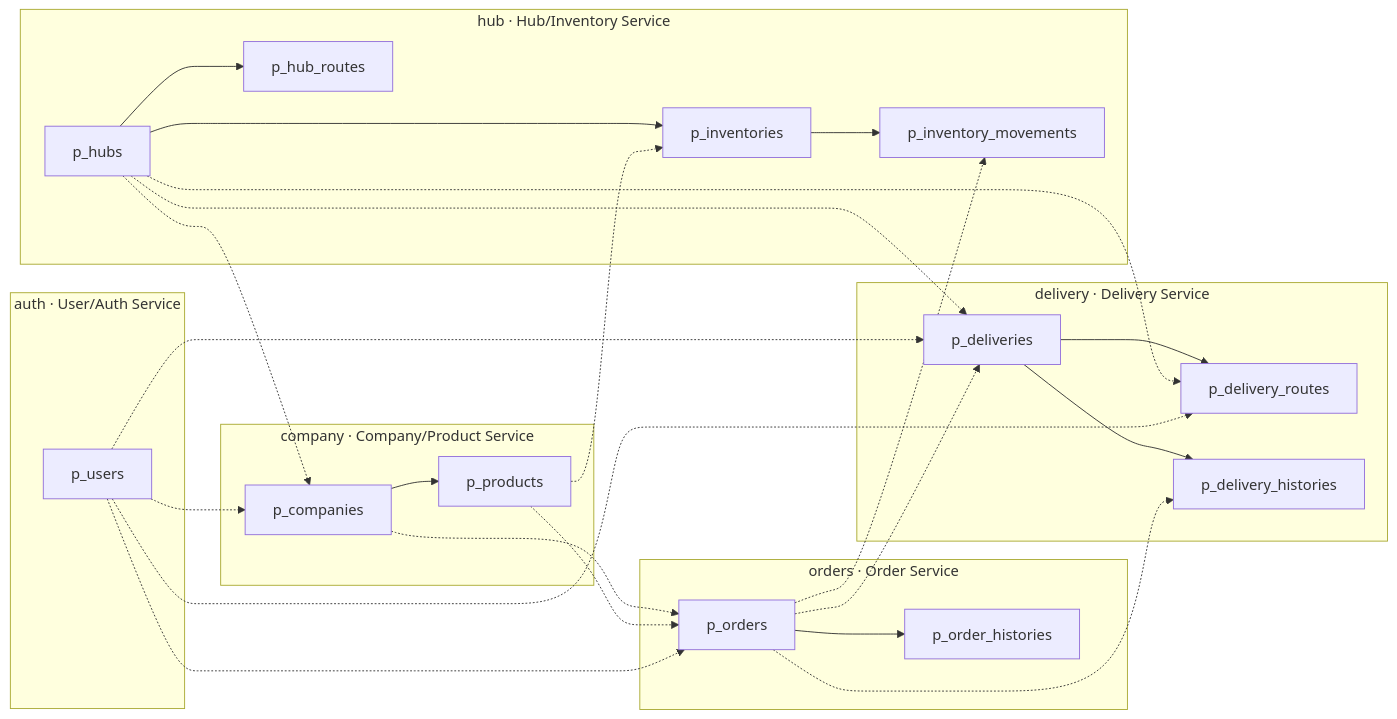
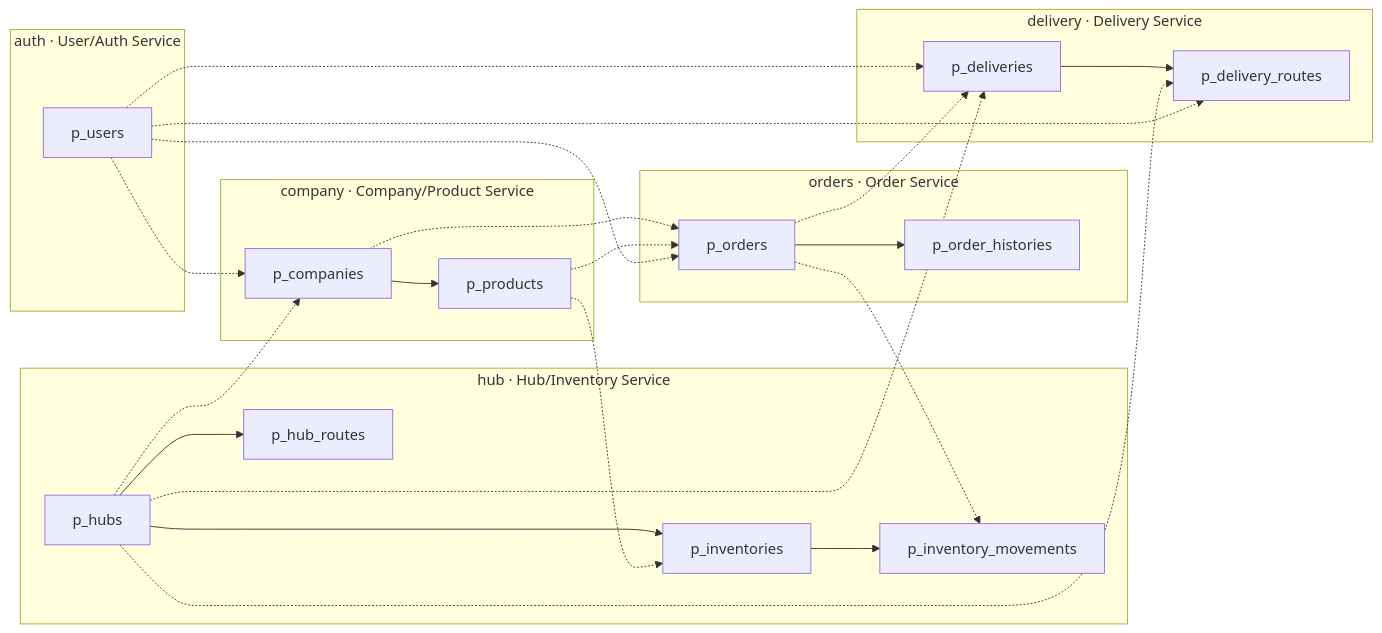
One commit to 01Commit10/sparta-logistics changed the first of 2 diagrams in docs/design/05 ERD.md. Above: the diagram before and after it, drawn with Mermaid. The commit also changed other lines of this file and 3 other files, not shown here.

````diff
--- a/docs/design/05 ERD.md
+++ b/docs/design/05 ERD.md
@@ -34,53 +34,50 @@
 ```mermaid
 flowchart LR
     subgraph AUTH["auth · User/Auth Service"]
         users[p_users]
     end
 
     subgraph HUB["hub · Hub/Inventory Service"]
         hubs[p_hubs]
         hub_routes[p_hub_routes]
         inventories[p_inventories]
         inv_mv[p_inventory_movements]
     end
 
     subgraph COMPANY["company · Company/Product Service"]
         companies[p_companies]
         products[p_products]
     end
 
     subgraph ORDERS["orders · Order Service"]
         orders[p_orders]
         order_hist[p_order_histories]
     end
 
     subgraph DELIVERY["delivery · Delivery Service"]
         deliveries[p_deliveries]
         dlv_routes[p_delivery_routes]
-        dlv_hist[p_delivery_histories]
     end
 
     %% FK (같은 스키마)
     hubs --> hub_routes
     hubs --> inventories
     inventories --> inv_mv
     companies --> products
     orders --> order_hist
     deliveries --> dlv_routes
-    deliveries --> dlv_hist
 
     %% REF (서비스 간)
     products -.-> inventories
     orders -.-> inv_mv
     hubs -.-> companies
     users -.-> companies
     companies -.-> orders
     products -.-> orders
     users -.-> orders
     orders -.-> deliveries
     hubs -.-> deliveries
     users -.-> deliveries
     hubs -.-> dlv_routes
     users -.-> dlv_routes
-    orders -.-> dlv_hist
 ```
````
